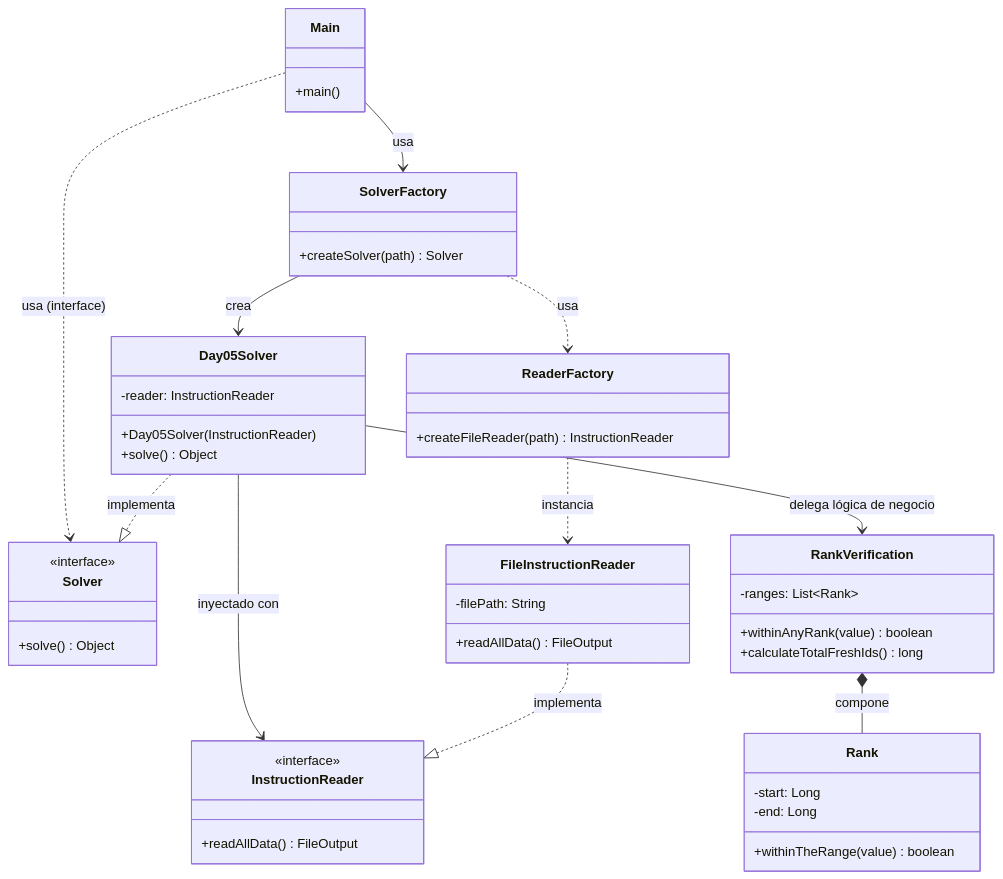
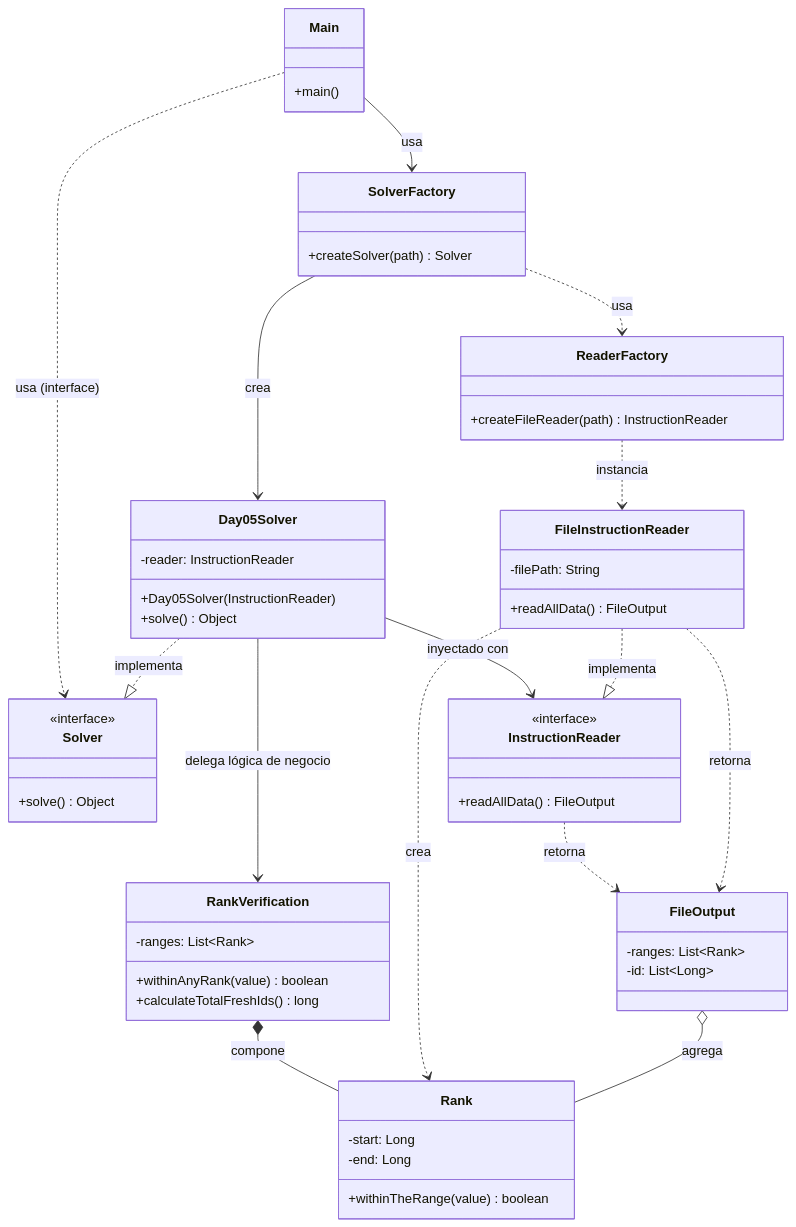
One commit to Carlossr2401/AdventOfCode5-2025 changed the diagram in README.md. Above: the diagram before and after it, drawn with Mermaid.

````diff
--- a/README.md
+++ b/README.md
@@ -64,60 +64,69 @@
 ```mermaid
 classDiagram
     %% Clases principales de la arquitectura
     class Main {
         +main()
     }
 
     class Solver {
         <<interface>>
         +solve() Object
     }
 
     class Day05Solver {
         -reader: InstructionReader
         +Day05Solver(InstructionReader)
         +solve() Object
     }
 
     class SolverFactory {
         +createSolver(path) Solver
     }
 
     class InstructionReader {
         <<interface>>
         +readAllData() FileOutput
     }
 
     class FileInstructionReader {
         -filePath: String
         +readAllData() FileOutput
     }
 
     class ReaderFactory {
         +createFileReader(path) InstructionReader
     }
 
     class RankVerification {
         -ranges: List~Rank~
         +withinAnyRank(value) boolean
         +calculateTotalFreshIds() long
     }
 
     class Rank {
         -start: Long
         -end: Long
         +withinTheRange(value) boolean
     }
 
+    class FileOutput {
+        -ranges: List~Rank~
+        -id: List~Long~
+    }
+
     %% Relaciones
     Main --> SolverFactory : usa
     SolverFactory --> Day05Solver : crea
     SolverFactory ..> ReaderFactory : usa
     Main ..> Solver : usa (interface)
     Day05Solver ..|> Solver : implementa
     Day05Solver --> InstructionReader : inyectado con
     FileInstructionReader ..|> InstructionReader : implementa
     ReaderFactory ..> FileInstructionReader : instancia
     Day05Solver --> RankVerification : delega lógica de negocio
     RankVerification *-- Rank : compone
+    FileInstructionReader ..> Rank : crea
+    InstructionReader ..> FileOutput : retorna
+    FileInstructionReader ..> FileOutput : retorna
+    FileOutput o-- Rank : agrega
 ```
````
